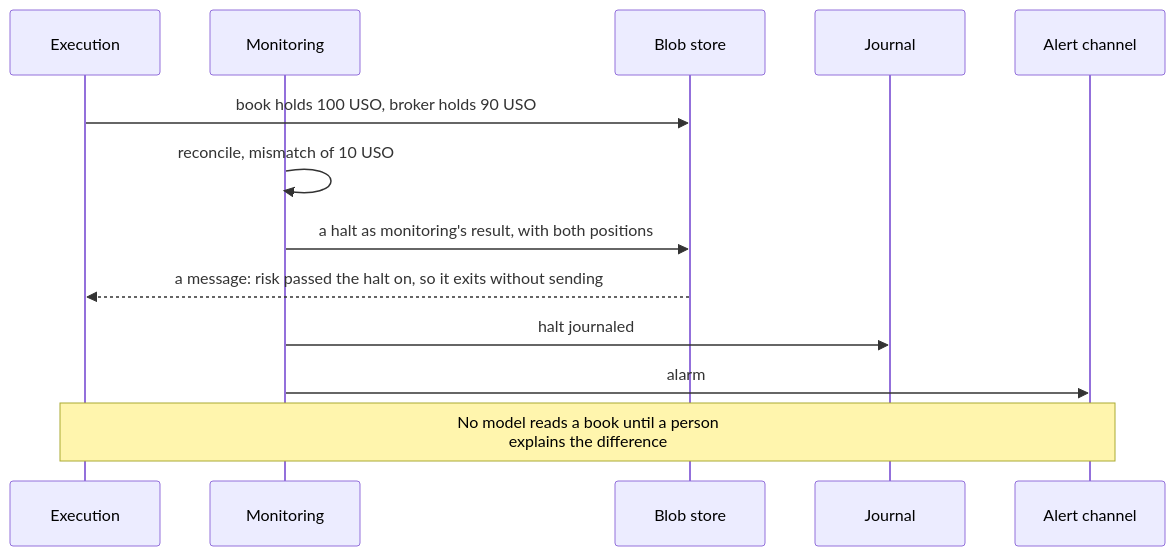
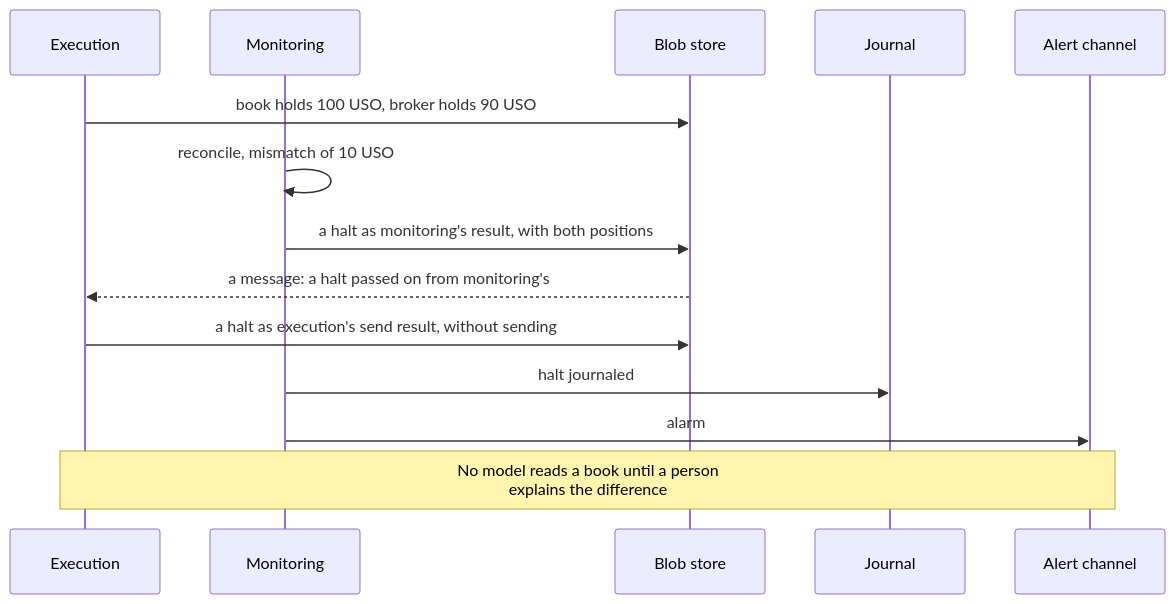
One commit to l3a0/ithildin-runtime changed the eighth of 16 diagrams in docs/architecture.md. Above: the diagram before and after it, drawn with Mermaid. The commit also changed other lines of this file and 2 other files, not shown here.

````diff
--- a/docs/architecture.md
+++ b/docs/architecture.md
@@ -718,16 +720,17 @@
 ```mermaid
 sequenceDiagram
     participant X as Execution
     participant M as Monitoring
     participant F as Blob store
     participant J as Journal
     participant L as Alert channel
 
     X->>F: book holds 100 USO, broker holds 90 USO
     M->>M: reconcile, mismatch of 10 USO
     M->>F: a halt as monitoring's result, with both positions
-    F-->>X: a message: risk passed the halt on, so it exits without sending
+    F-->>X: a message: a halt passed on from monitoring's
+    X->>F: a halt as execution's send result, without sending
     M->>J: halt journaled
     M->>L: alarm
     Note over X,L: No model reads a book until a person<br/>explains the difference
 ```
````
